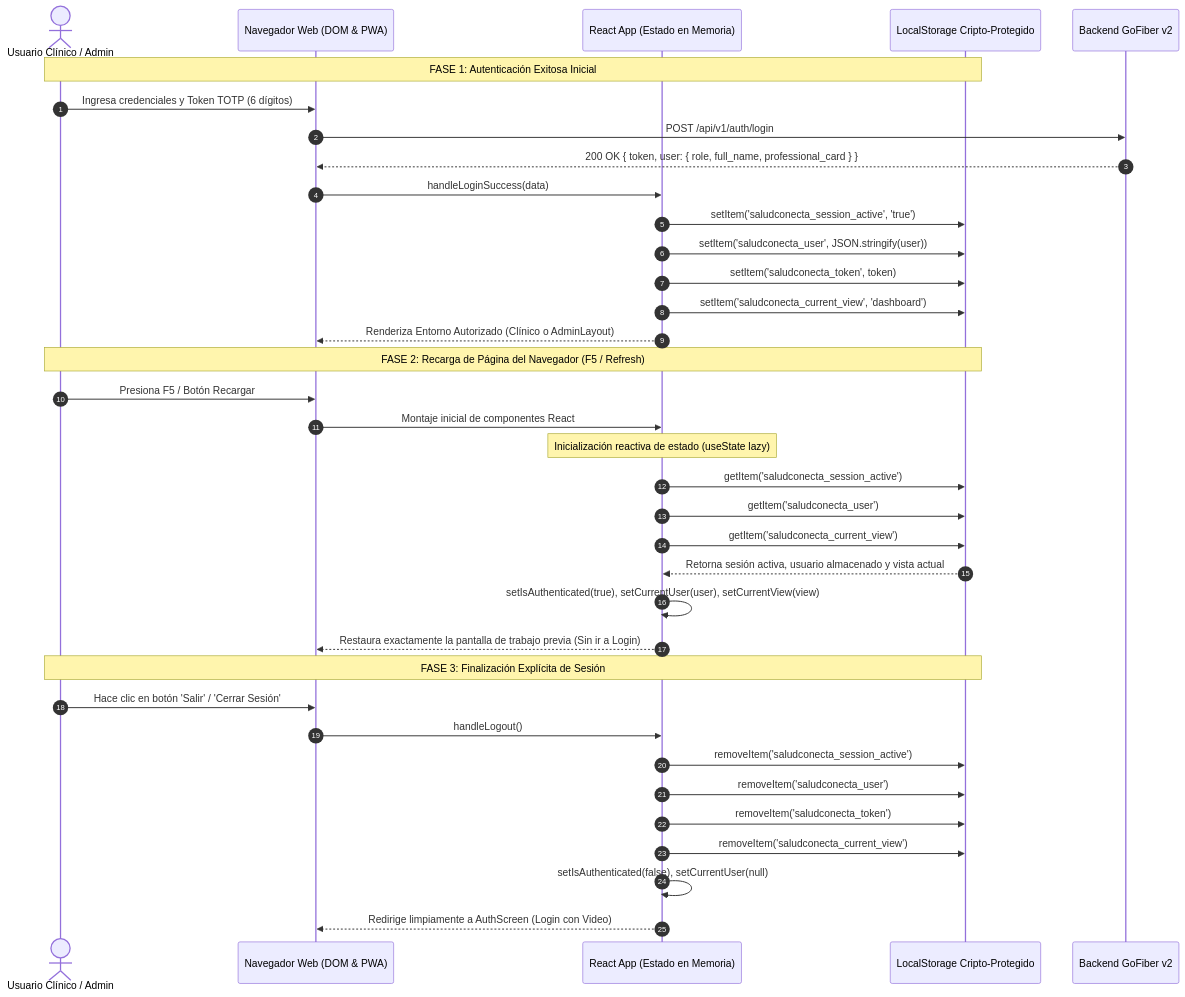
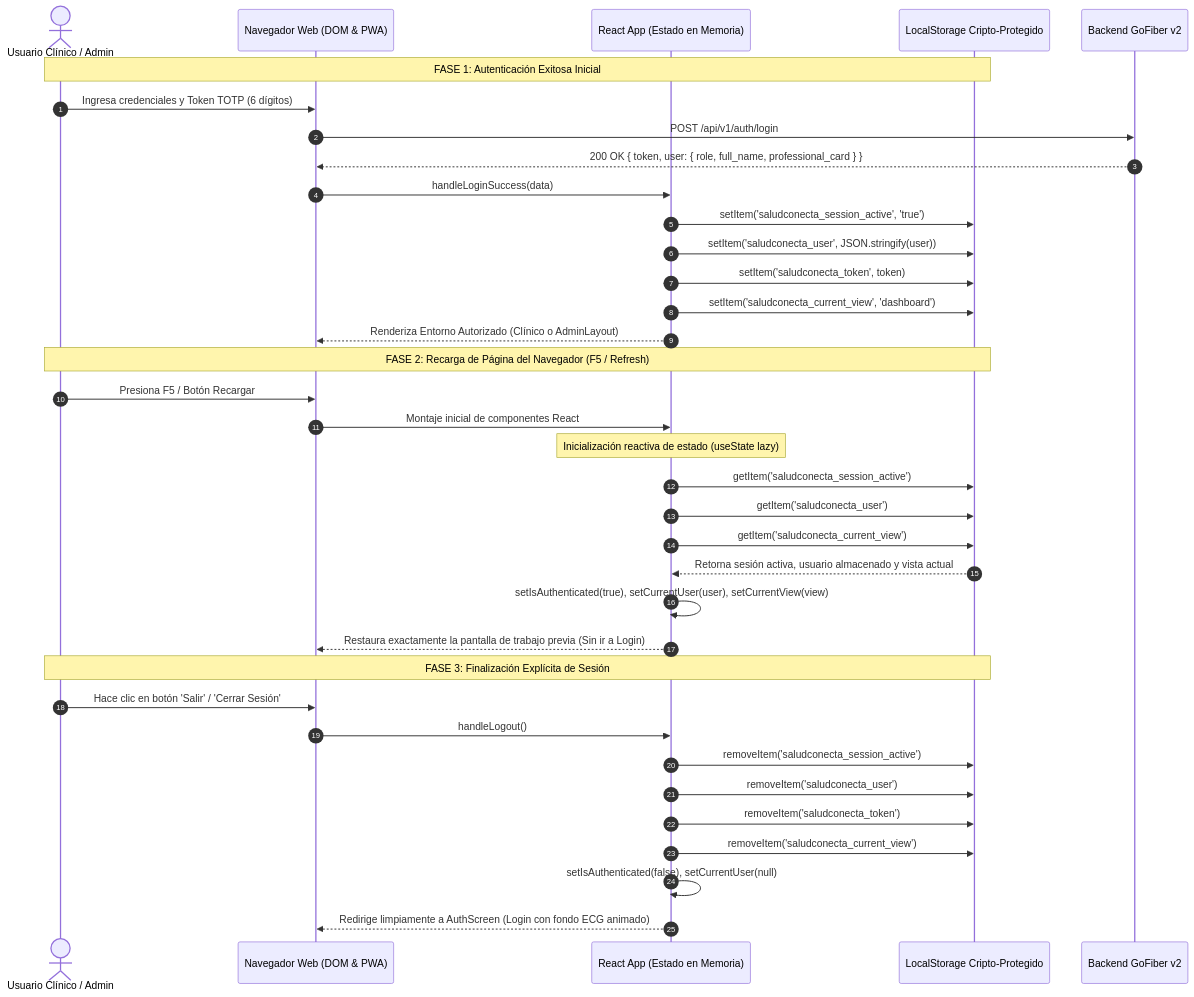
One commit to ThiagoVelez/Proyecto_felipe changed the diagram in docs/diagrams/12_persistencia_sesion_f5.mmd. Above: the diagram before and after it, drawn with Mermaid. The commit also changed other lines of this file and 6 other files, not shown here.

Commit message:
docs: sincronizar readme y diagramas 11 y 12 con el fondo ecg del login

```diff
--- a/docs/diagrams/12_persistencia_sesion_f5.mmd
+++ b/docs/diagrams/12_persistencia_sesion_f5.mmd
@@ -1,42 +1,42 @@
 sequenceDiagram
     autonumber
     actor User as Usuario Clínico / Admin
     participant Browser as Navegador Web (DOM & PWA)
     participant App as React App (Estado en Memoria)
     participant Storage as LocalStorage Cripto-Protegido
     participant API as Backend GoFiber v2
 
     %% Fase 1: Inicio de Sesion
     Note over User,Storage: FASE 1: Autenticación Exitosa Inicial
     User->>Browser: Ingresa credenciales y Token TOTP (6 dígitos)
     Browser->>API: POST /api/v1/auth/login
     API-->>Browser: 200 OK { token, user: { role, full_name, professional_card } }
     Browser->>App: handleLoginSuccess(data)
     App->>Storage: setItem('saludconecta_session_active', 'true')
     App->>Storage: setItem('saludconecta_user', JSON.stringify(user))
     App->>Storage: setItem('saludconecta_token', token)
     App->>Storage: setItem('saludconecta_current_view', 'dashboard')
     App-->>Browser: Renderiza Entorno Autorizado (Clínico o AdminLayout)
 
     %% Fase 2: Recarga de Pagina (F5)
     Note over User,Storage: FASE 2: Recarga de Página del Navegador (F5 / Refresh)
     User->>Browser: Presiona F5 / Botón Recargar
     Browser->>App: Montaje inicial de componentes React
     Note over App: Inicialización reactiva de estado (useState lazy)
     App->>Storage: getItem('saludconecta_session_active')
     App->>Storage: getItem('saludconecta_user')
     App->>Storage: getItem('saludconecta_current_view')
     Storage-->>App: Retorna sesión activa, usuario almacenado y vista actual
     App->>App: setIsAuthenticated(true), setCurrentUser(user), setCurrentView(view)
     App-->>Browser: Restaura exactamente la pantalla de trabajo previa (Sin ir a Login)
 
     %% Fase 3: Cierre de Sesion Seguro
     Note over User,Storage: FASE 3: Finalización Explícita de Sesión
     User->>Browser: Hace clic en botón 'Salir' / 'Cerrar Sesión'
     Browser->>App: handleLogout()
     App->>Storage: removeItem('saludconecta_session_active')
     App->>Storage: removeItem('saludconecta_user')
     App->>Storage: removeItem('saludconecta_token')
     App->>Storage: removeItem('saludconecta_current_view')
     App->>App: setIsAuthenticated(false), setCurrentUser(null)
-    App-->>Browser: Redirige limpiamente a AuthScreen (Login con Video)
+    App-->>Browser: Redirige limpiamente a AuthScreen (Login con fondo ECG animado)
```
